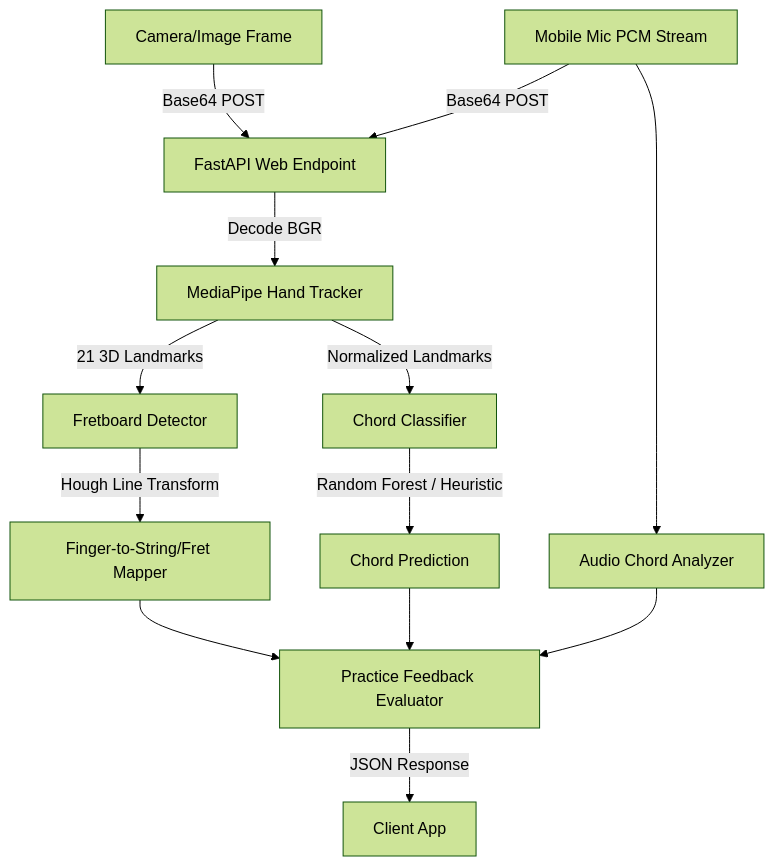
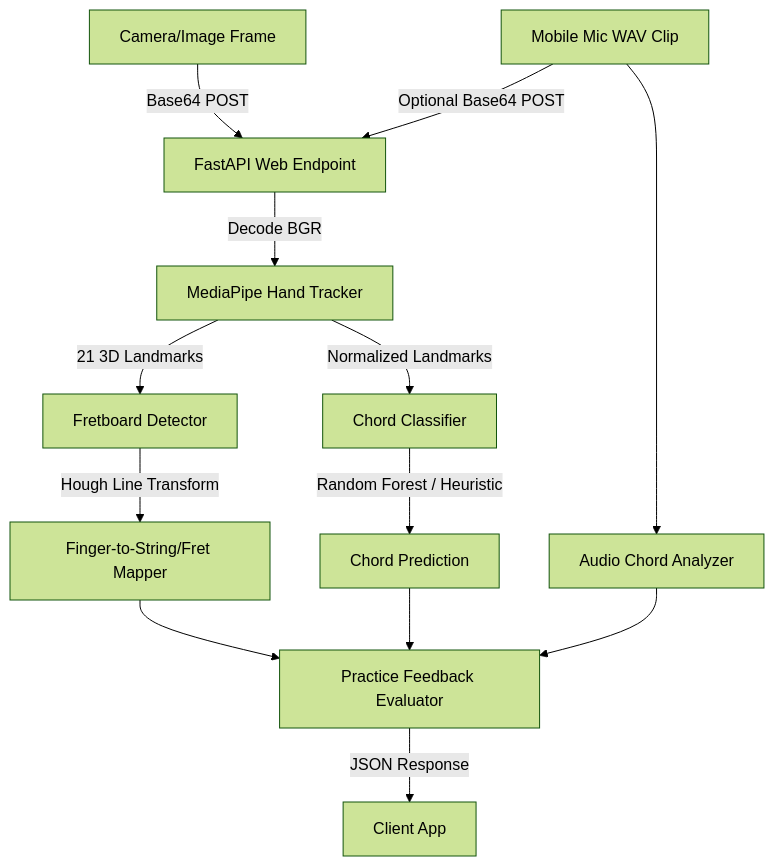
Before and after one commit to P-M-Manmohan/Guitar_Trainer: the diagram in ml-service/summary.md, drawn with Mermaid (forest theme). The commit also changed other lines of this file and 29 other files, not shown here.

````diff
--- a/ml-service/summary.md
+++ b/ml-service/summary.md
@@ -9,13 +9,13 @@
 ```mermaid
 graph TD
     Frame[Camera/Image Frame] -->|Base64 POST| API[FastAPI Web Endpoint]
-    Audio[Mobile Mic PCM Stream] -->|Base64 POST| API
+    Audio[Mobile Mic WAV Clip] -->|Optional Base64 POST| API
     API -->|Decode BGR| MT[MediaPipe Hand Tracker]
     MT -->|21 3D Landmarks| FD[Fretboard Detector]
     MT -->|Normalized Landmarks| FC[Chord Classifier]
     Audio --> AC[Audio Chord Analyzer]
     FD -->|Hough Line Transform| Map[Finger-to-String/Fret Mapper]
     FC -->|Random Forest / Heuristic| Class[Chord Prediction]
     Map & Class & AC --> Practice[Practice Feedback Evaluator]
     Practice -->|JSON Response| Client[Client App]
 ```
````
